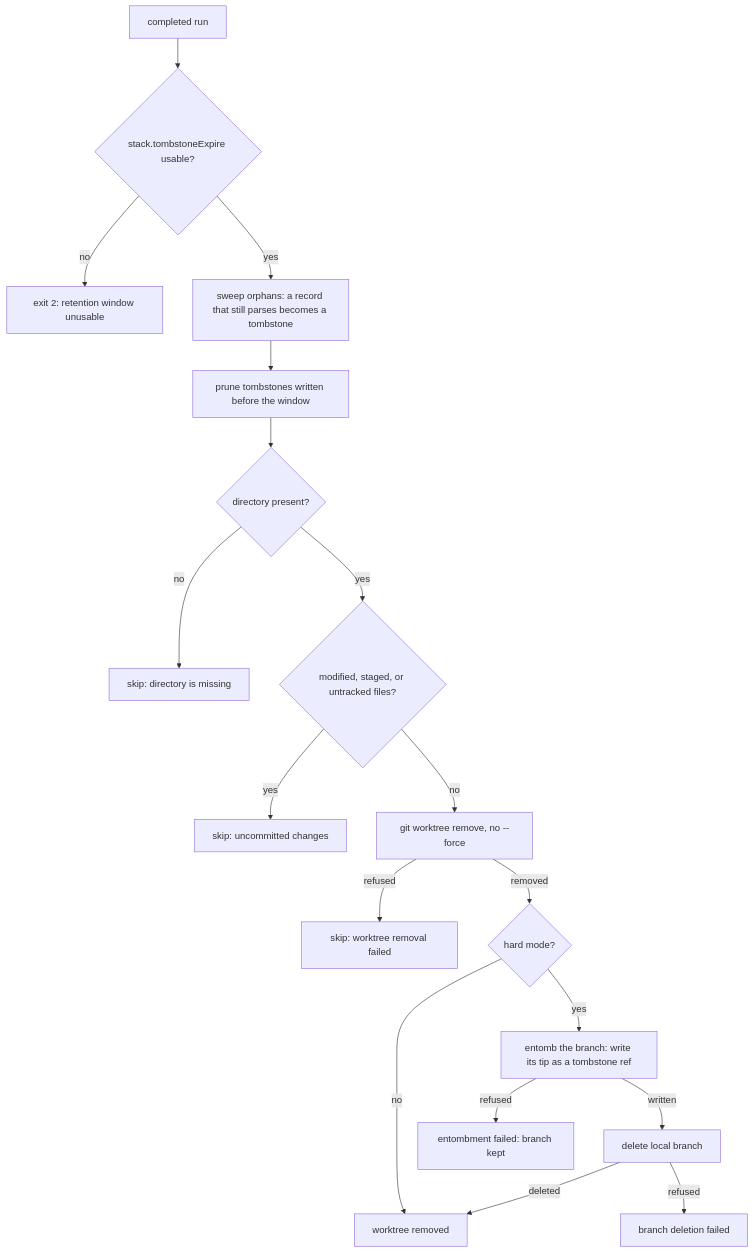
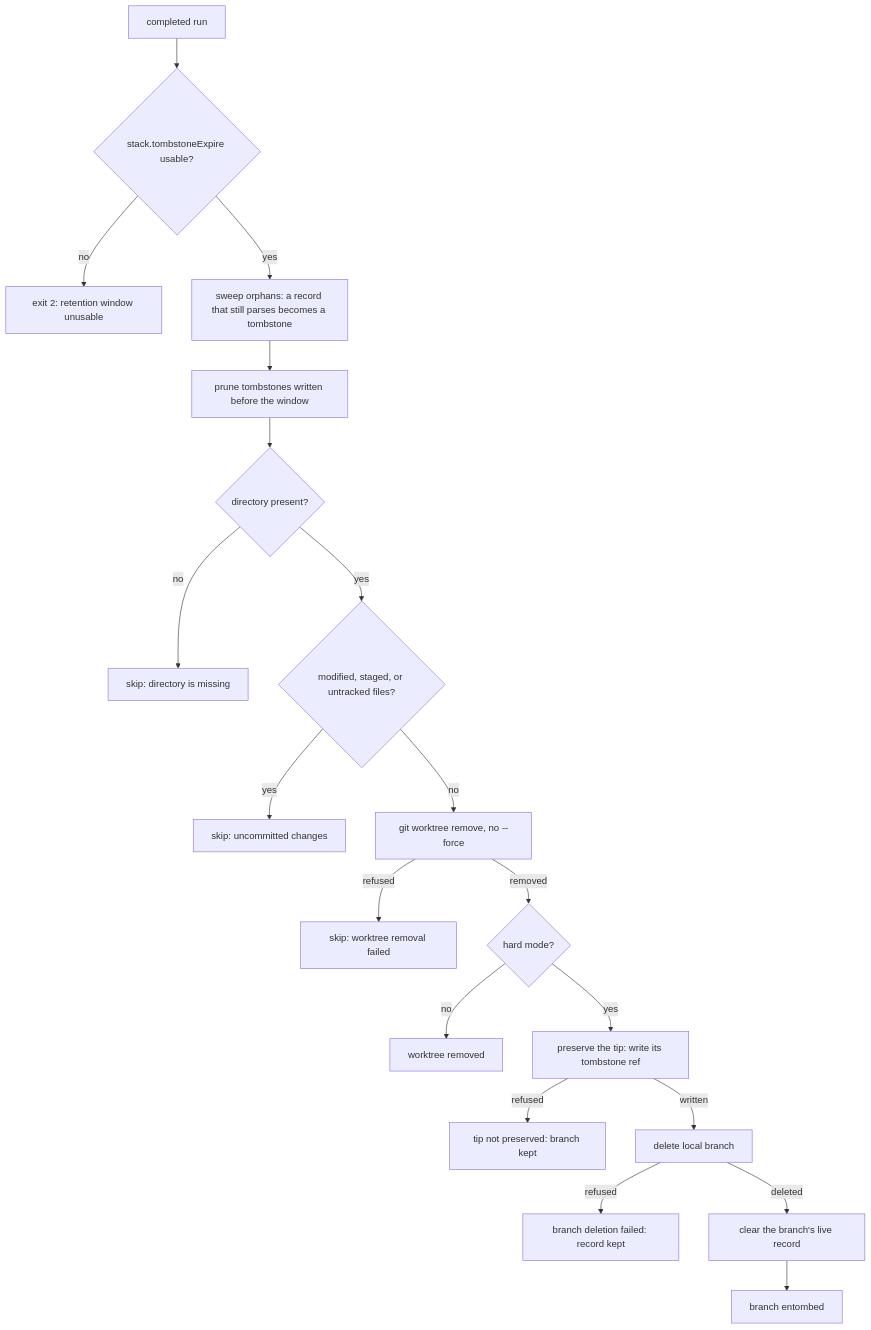
Before and after one commit to leynos/git-donkey: the diagram in docs/plonk-cleanup-policy.md, drawn with Mermaid. The commit also changed other lines of this file and 27 other files, not shown here.

````diff
--- a/docs/plonk-cleanup-policy.md
+++ b/docs/plonk-cleanup-policy.md
@@ -13,20 +13,21 @@
 ```mermaid
 flowchart TD
     Start["completed run"] --> Window{"stack.tombstoneExpire usable?"}
     Window -->|no| SkipWindow["exit 2: retention window unusable"]
     Window -->|yes| Sweep["sweep orphans: a record that still parses becomes a tombstone"]
     Sweep --> Prune["prune tombstones written before the window"]
     Prune --> Present{"directory present?"}
     Present -->|no| SkipMissing["skip: directory is missing"]
     Present -->|yes| Dirty{"modified, staged, or untracked files?"}
     Dirty -->|yes| SkipDirty["skip: uncommitted changes"]
     Dirty -->|no| Remove["git worktree remove, no --force"]
     Remove -->|refused| SkipFailed["skip: worktree removal failed"]
     Remove -->|removed| Mode{"hard mode?"}
     Mode -->|no| Done["worktree removed"]
-    Mode -->|yes| Entomb["entomb the branch: write its tip as a tombstone ref"]
+    Mode -->|yes| Entomb["preserve the tip: write its tombstone ref"]
+    Entomb -->|refused| SkipEntomb["tip not preserved: branch kept"]
     Entomb -->|written| Delete["delete local branch"]
-    Entomb -->|refused| SkipEntomb["entombment failed: branch kept"]
-    Delete -->|deleted| Done
-    Delete -->|refused| ReportFailed["branch deletion failed"]
+    Delete -->|refused| ReportFailed["branch deletion failed: record kept"]
+    Delete -->|deleted| Clear["clear the branch's live record"]
+    Clear --> Entombed["branch entombed"]
 ```
````
